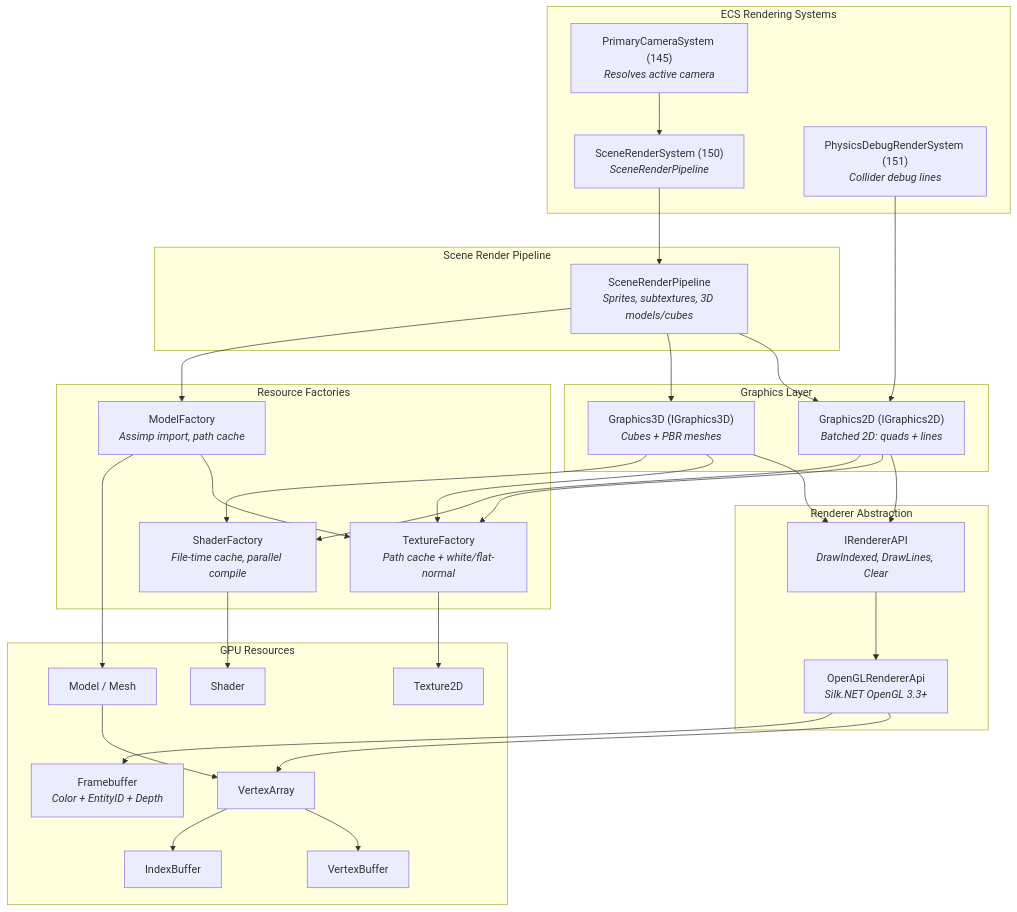
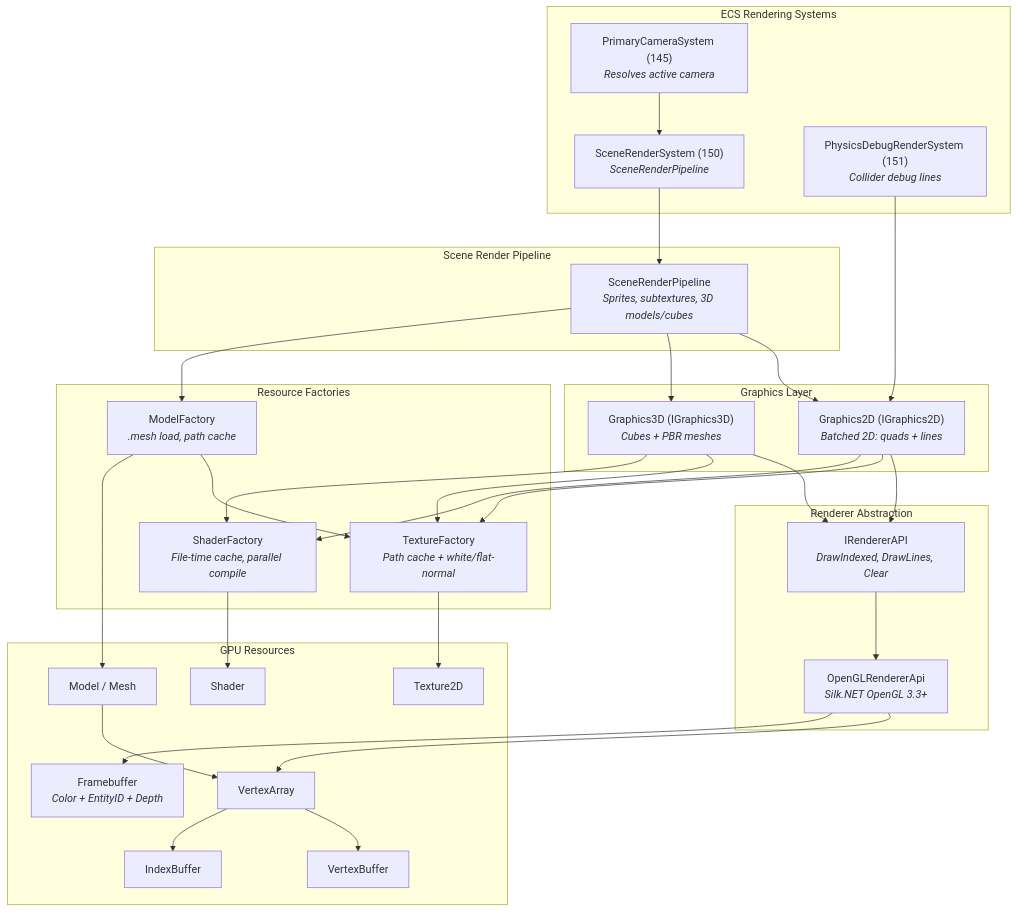
The first of 5 diagrams in docs/architecture/rendering-pipeline.md (kateusz/GameEngine), drawn with Mermaid before and after one commit. The commit also changed other lines of this file and 44 other files, not shown here.

````diff
--- a/docs/architecture/rendering-pipeline.md
+++ b/docs/architecture/rendering-pipeline.md
@@ -9,61 +9,61 @@
 ```mermaid
 graph TB
     subgraph "ECS Rendering Systems"
         PCS["PrimaryCameraSystem (145)<br/><i>Resolves active camera</i>"]
         SRS["SceneRenderSystem (150)<br/><i>SceneRenderPipeline</i>"]
         PDRS["PhysicsDebugRenderSystem (151)<br/><i>Collider debug lines</i>"]
     end
 
     subgraph "Scene Render Pipeline"
         SRP["SceneRenderPipeline<br/><i>Sprites, subtextures, 3D models/cubes</i>"]
     end
 
     subgraph "Graphics Layer"
         G2D["Graphics2D (IGraphics2D)<br/><i>Batched 2D: quads + lines</i>"]
         G3D["Graphics3D (IGraphics3D)<br/><i>Cubes + PBR meshes</i>"]
     end
 
     subgraph "Resource Factories"
         TF["TextureFactory<br/><i>Path cache + white/flat-normal</i>"]
         SF["ShaderFactory<br/><i>File-time cache, parallel compile</i>"]
-        MF["ModelFactory<br/><i>Assimp import, path cache</i>"]
+        MF["ModelFactory<br/><i>.mesh load, path cache</i>"]
     end
 
     subgraph "Renderer Abstraction"
         API["IRendererAPI<br/><i>DrawIndexed, DrawLines, Clear</i>"]
         OAPI["OpenGLRendererApi<br/><i>Silk.NET OpenGL 3.3+</i>"]
     end
 
     subgraph "GPU Resources"
         VAO["VertexArray"]
         VBO["VertexBuffer"]
         IBO["IndexBuffer"]
         FB["Framebuffer<br/><i>Color + EntityID + Depth</i>"]
         Tex["Texture2D"]
         Shader["Shader"]
         Model["Model / Mesh"]
     end
 
     PCS --> SRS
     SRS --> SRP
     SRP --> G2D
     SRP --> G3D
     SRP --> MF
     PDRS --> G2D
     G2D --> API
     G3D --> API
     G2D --> TF
     G2D --> SF
     G3D --> TF
     G3D --> SF
     MF --> TF
     MF --> Model
     API --> OAPI
     OAPI --> VAO
     OAPI --> FB
     TF --> Tex
     SF --> Shader
     Model --> VAO
     VAO --> VBO
     VAO --> IBO
 ```
````
